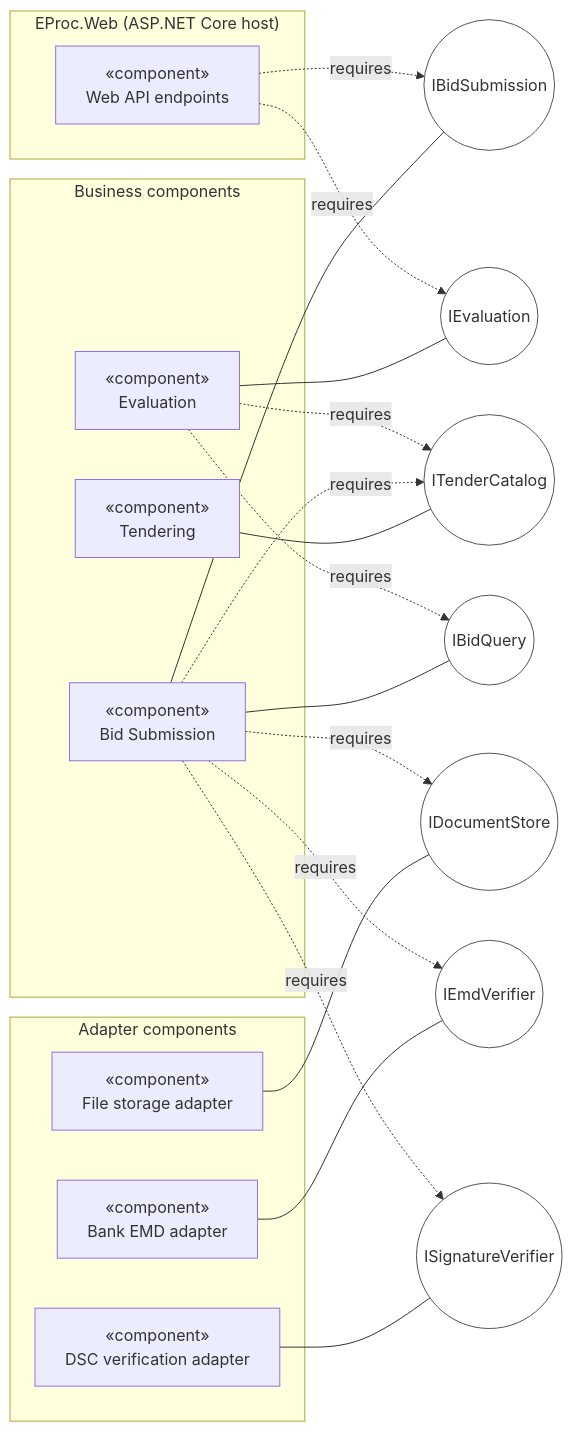
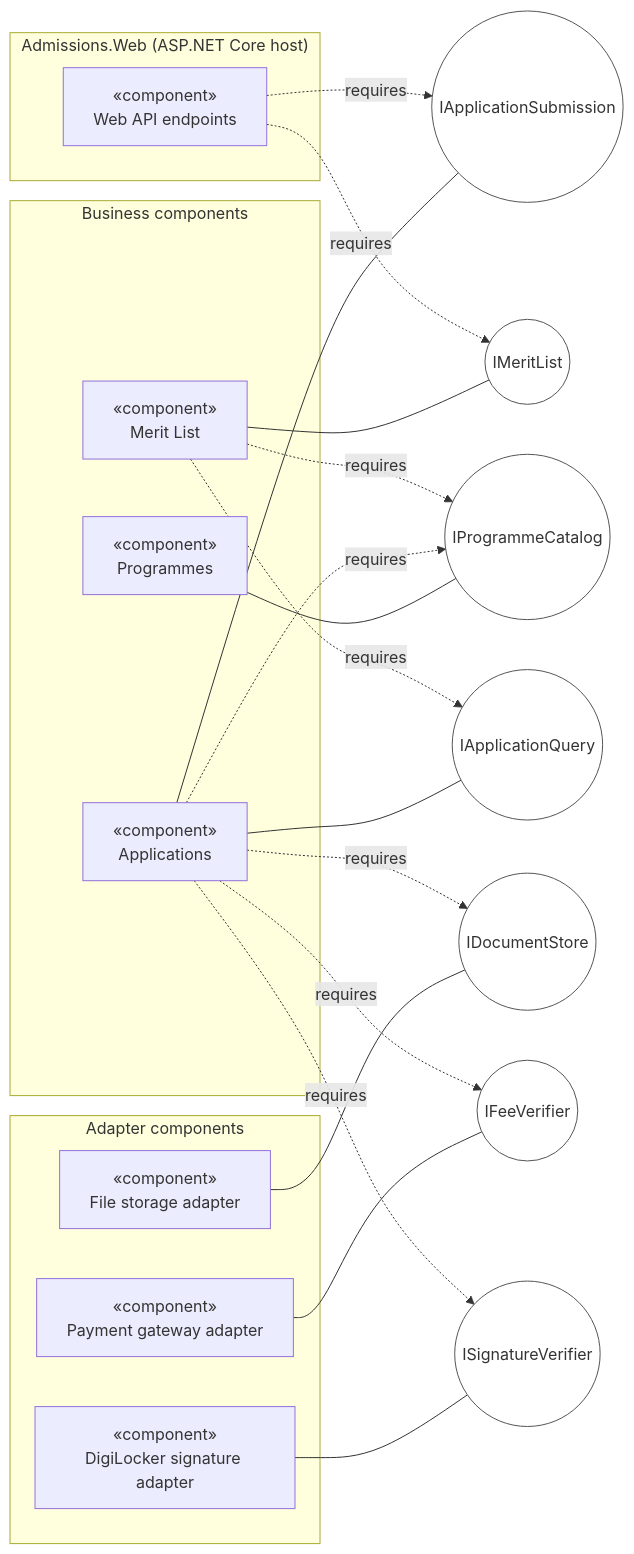
Before and after one commit to rizwi0786/system-design-lab: the first of 5 diagrams in content/lessons/m05/m05-component-diagrams.md, drawn with Mermaid. The commit also changed other lines of this file and 334 other files, not shown here.

````diff
--- a/content/lessons/m05/m05-component-diagrams.md
+++ b/content/lessons/m05/m05-component-diagrams.md
@@ -230,40 +230,40 @@
 ```mermaid
 flowchart LR
-    subgraph web["EProc.Web (ASP.NET Core host)"]
+    subgraph web["Admissions.Web (ASP.NET Core host)"]
         api["«component»<br/>Web API endpoints"]
     end
     subgraph modules["Business components"]
-        tendering["«component»<br/>Tendering"]
-        bids["«component»<br/>Bid Submission"]
-        evaluation["«component»<br/>Evaluation"]
+        programmes["«component»<br/>Programmes"]
+        apps["«component»<br/>Applications"]
+        merit["«component»<br/>Merit List"]
     end
     subgraph adapters["Adapter components"]
         storage["«component»<br/>File storage adapter"]
-        bank["«component»<br/>Bank EMD adapter"]
-        dsc["«component»<br/>DSC verification adapter"]
+        gateway["«component»<br/>Payment gateway adapter"]
+        digilocker["«component»<br/>DigiLocker signature adapter"]
     end
-    iTender(("ITenderCatalog"))
-    iSubmit(("IBidSubmission"))
-    iQuery(("IBidQuery"))
+    iProg(("IProgrammeCatalog"))
+    iSubmit(("IApplicationSubmission"))
+    iQuery(("IApplicationQuery"))
     iDocs(("IDocumentStore"))
-    iEmd(("IEmdVerifier"))
+    iFee(("IFeeVerifier"))
     iSig(("ISignatureVerifier"))
-    iEval(("IEvaluation"))
-    tendering --- iTender
-    bids --- iSubmit
-    bids --- iQuery
-    evaluation --- iEval
+    iMerit(("IMeritList"))
+    programmes --- iProg
+    apps --- iSubmit
+    apps --- iQuery
+    merit --- iMerit
     storage --- iDocs
-    bank --- iEmd
-    dsc --- iSig
-    bids -.->|"requires"| iTender
-    bids -.->|"requires"| iDocs
-    bids -.->|"requires"| iEmd
-    bids -.->|"requires"| iSig
-    evaluation -.->|"requires"| iQuery
-    evaluation -.->|"requires"| iTender
+    gateway --- iFee
+    digilocker --- iSig
+    apps -.->|"requires"| iProg
+    apps -.->|"requires"| iDocs
+    apps -.->|"requires"| iFee
+    apps -.->|"requires"| iSig
+    merit -.->|"requires"| iQuery
+    merit -.->|"requires"| iProg
     api -.->|"requires"| iSubmit
-    api -.->|"requires"| iEval
+    api -.->|"requires"| iMerit
     classDef iface fill:#ffffff,stroke:#555555
-    class iTender,iSubmit,iQuery,iDocs,iEmd,iSig,iEval iface
+    class iProg,iSubmit,iQuery,iDocs,iFee,iSig,iMerit iface
 ```
````
